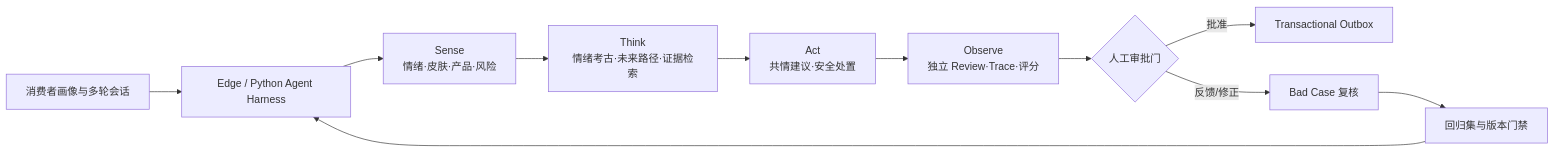
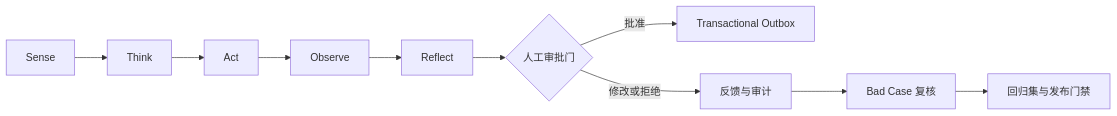
One commit to royd132/lumisense changed the first of 2 diagrams in README.md. Above: the diagram before and after it, drawn with Mermaid. The commit also changed other lines of this file, not shown here.

````diff
--- a/README.md
+++ b/README.md
@@ -21,13 +172,12 @@
 ```mermaid
 flowchart LR
-    A[消费者画像与多轮会话] --> B[Edge / Python Agent Harness]
-    B --> C[Sense<br/>情绪·皮肤·产品·风险]
-    C --> D[Think<br/>情绪考古·未来路径·证据检索]
-    D --> E[Act<br/>共情建议·安全处置]
-    E --> F[Observe<br/>独立 Review·Trace·评分]
-    F --> G{人工审批门}
-    G -->|批准| H[Transactional Outbox]
-    G -->|反馈/修正| I[Bad Case 复核]
-    I --> J[回归集与版本门禁]
-    J --> B
+    A[Sense] --> B[Think]
+    B --> C[Act]
+    C --> D[Observe]
+    D --> E[Reflect]
+    E --> F{人工审批门}
+    F -->|批准| G[Transactional Outbox]
+    F -->|修改或拒绝| H[反馈与审计]
+    H --> I[Bad Case 复核]
+    I --> J[回归集与发布门禁]
 ```
````
